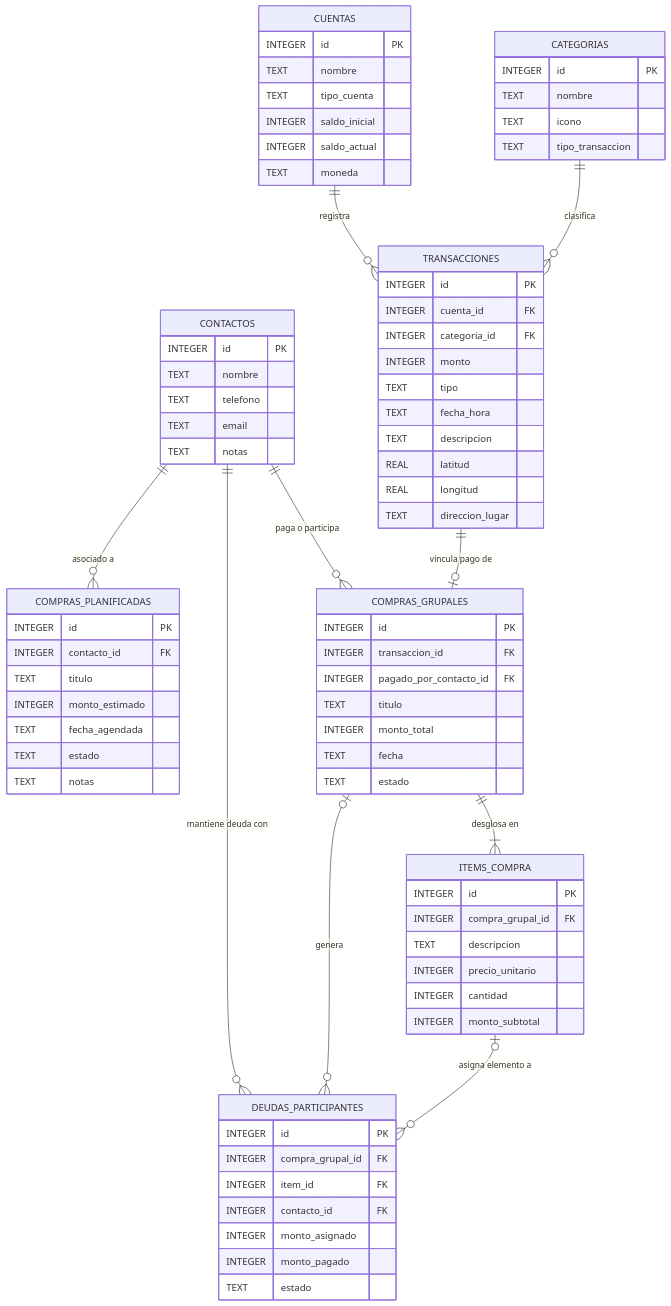
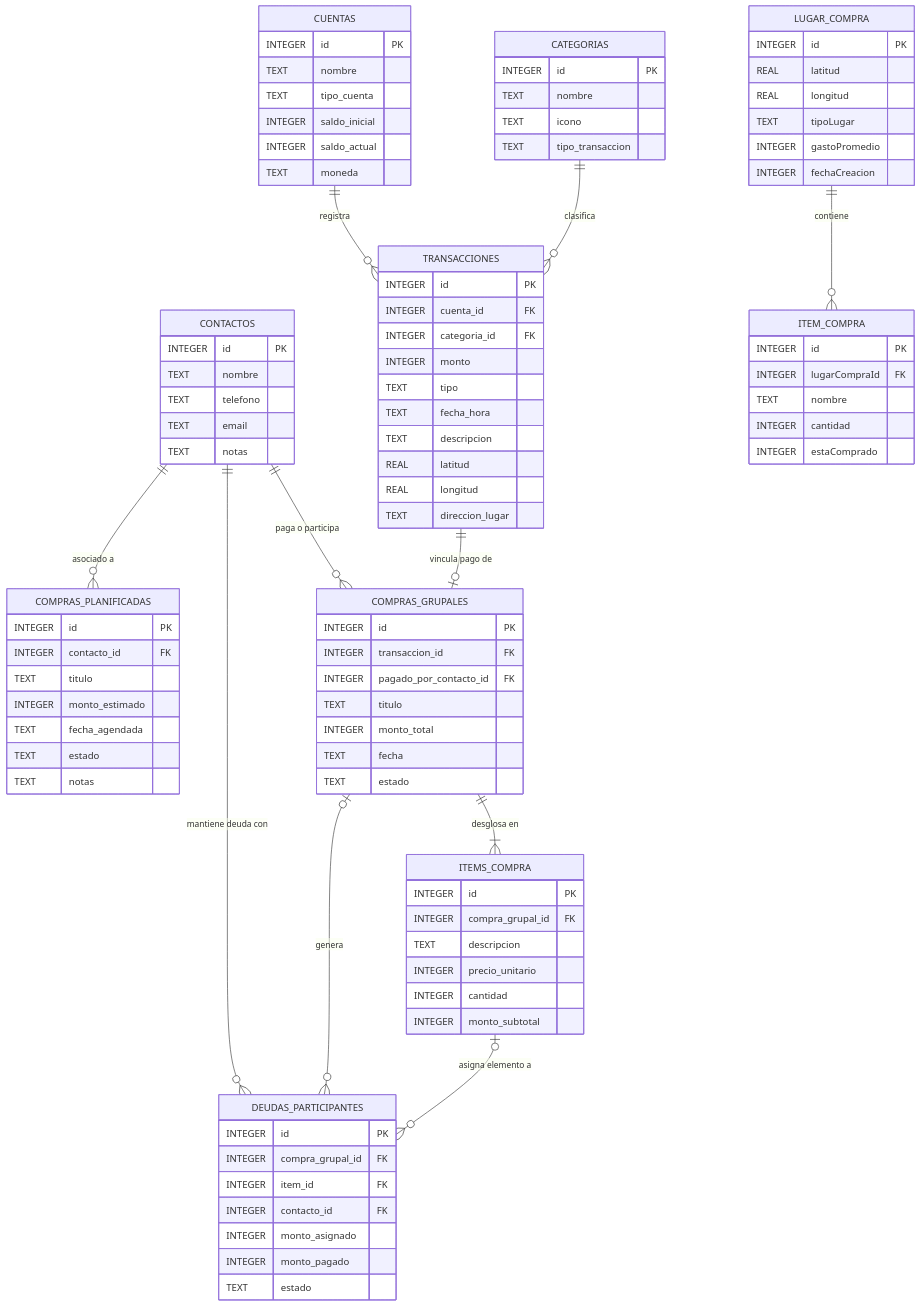
One commit to GGallegosO/LocalCash changed the diagram in spec/constitution/data-model.md. Above: the diagram before and after it, drawn with Mermaid. The commit also changed other lines of this file and 10 other files, not shown here.

```diff
--- a/spec/constitution/data-model.md
+++ b/spec/constitution/data-model.md
@@ -62,6 +62,8 @@
     COMPRAS_GRUPALES ||--|{ ITEMS_COMPRA : "desglosa en"
     COMPRAS_GRUPALES |o--o{ DEUDAS_PARTICIPANTES : "genera"
     ITEMS_COMPRA |o--o{ DEUDAS_PARTICIPANTES : "asigna elemento a"
+
+    LUGAR_COMPRA ||--o{ ITEM_COMPRA : "contiene"
 
     CONTACTOS {
         INTEGER id PK
@@ -129,6 +131,23 @@
         INTEGER monto_subtotal
     }
 
+    LUGAR_COMPRA {
+        INTEGER id PK
+        REAL latitud
+        REAL longitud
+        TEXT tipoLugar
+        INTEGER gastoPromedio
+        INTEGER fechaCreacion
+    }
+
+    ITEM_COMPRA {
+        INTEGER id PK
+        INTEGER lugarCompraId FK
+        TEXT nombre
+        INTEGER cantidad
+        INTEGER estaComprado
+    }
+
     DEUDAS_PARTICIPANTES {
         INTEGER id PK
         INTEGER compra_grupal_id FK
```
